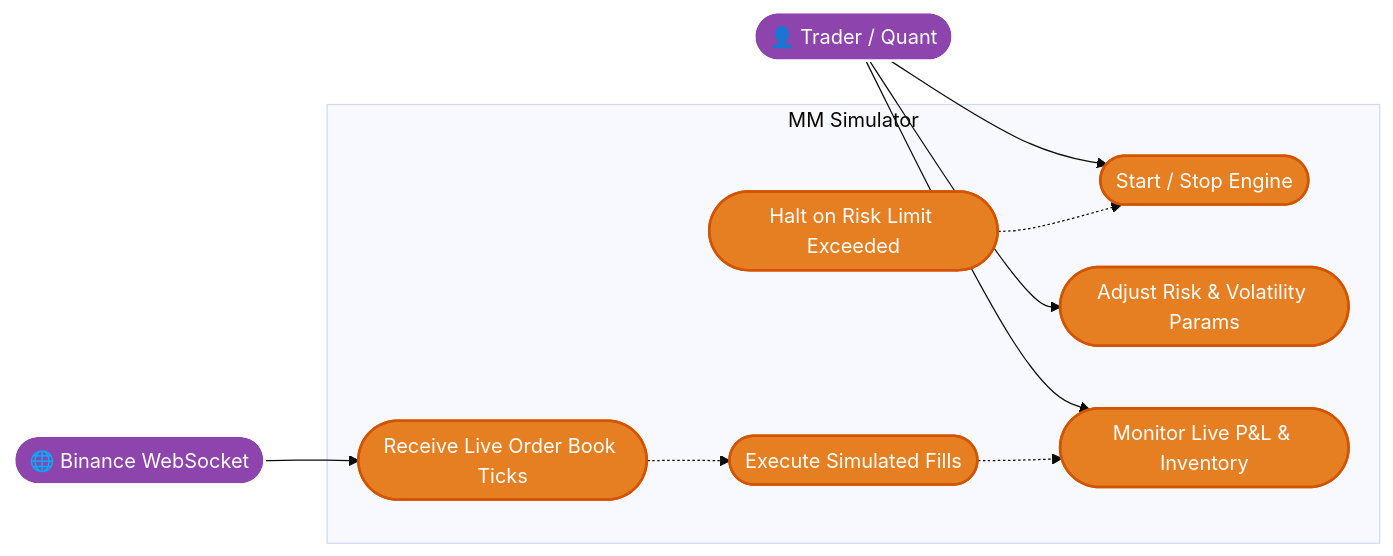
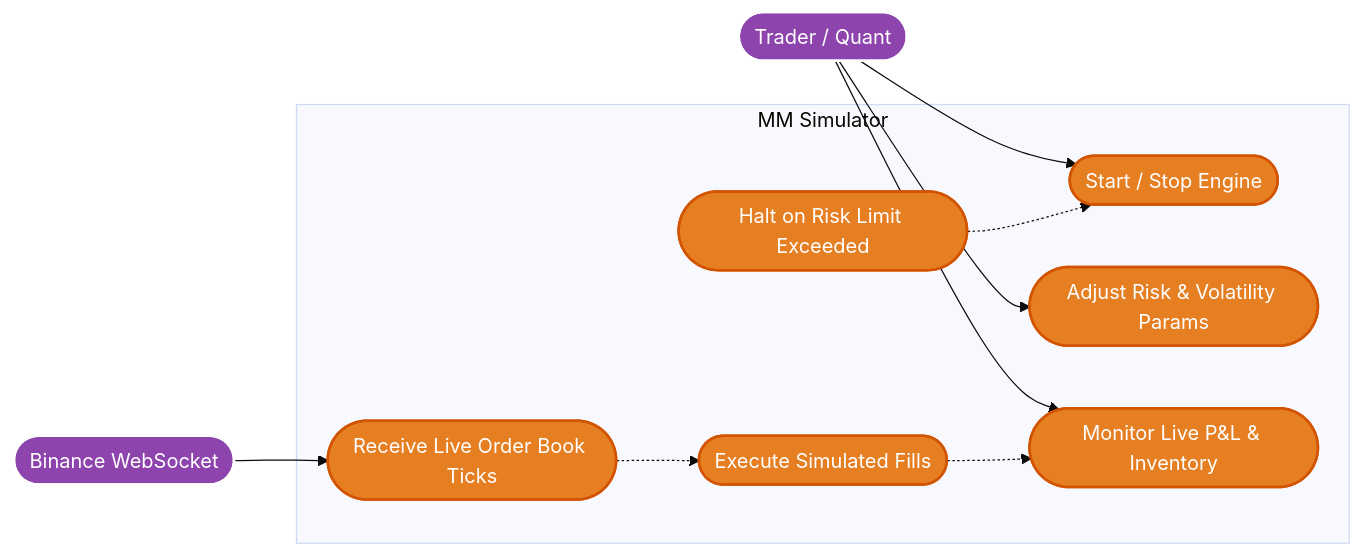
Before and after one commit to Youngmaster0304/trading-bot-project: the second of 3 diagrams in README.md, drawn with Mermaid (base theme). The commit also changed other lines of this file, not shown here.

````diff
--- a/README.md
+++ b/README.md
@@ -94,27 +94,27 @@
 ```mermaid
 flowchart LR
     %% Styling
     classDef actor fill:#8e44ad,stroke:#fff,stroke-width:2px,color:#fff
     classDef usecase fill:#e67e22,stroke:#d35400,stroke-width:2px,color:#fff
     
-    User([👤 Trader / Quant]):::actor
-    API([🌐 Binance WebSocket]):::actor
+    User([Trader / Quant]):::actor
+    API([Binance WebSocket]):::actor
 
     subgraph MM Simulator
         UC1([Start / Stop Engine]):::usecase
         UC2([Adjust Risk & Volatility Params]):::usecase
         UC3([Monitor Live P&L & Inventory]):::usecase
         UC4([Receive Live Order Book Ticks]):::usecase
         UC5([Execute Simulated Fills]):::usecase
         UC6([Halt on Risk Limit Exceeded]):::usecase
     end
 
     User --> UC1
     User --> UC2
     User --> UC3
     
     API --> UC4
     UC4 -.-> UC5
     UC5 -.-> UC3
     UC6 -.-> UC1
 ```
````
